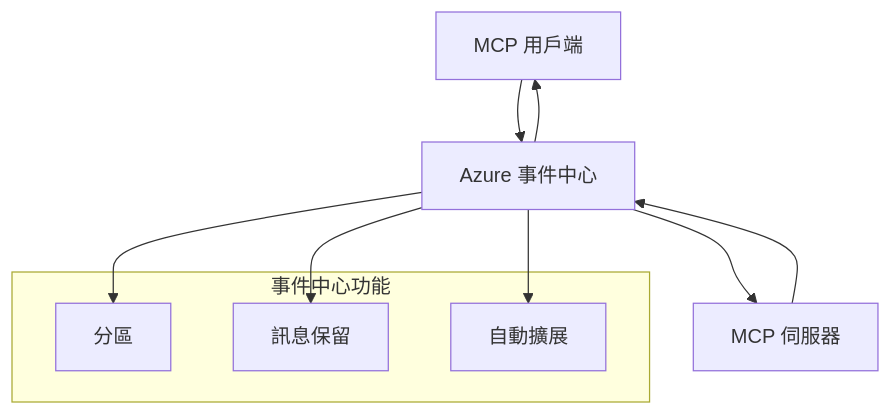
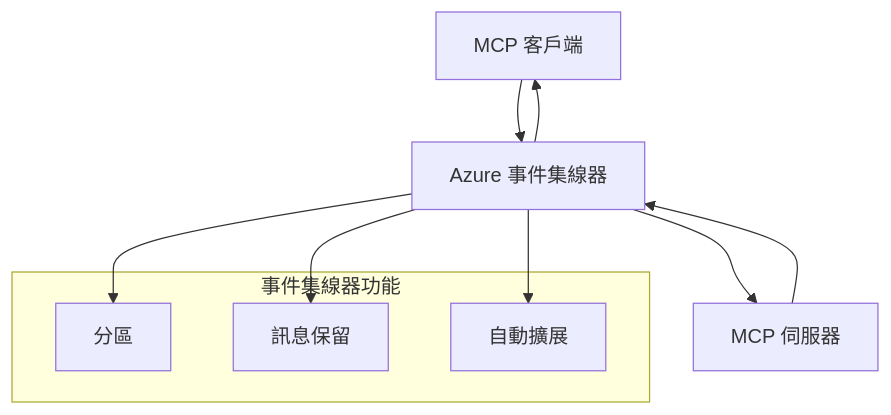
Before and after one commit to HIDORAKAI002/ai-workspace-archive: the second of 2 diagrams in mcp_ecosystem__model_context_protocol/mcp_learning_resources/mcp-for-beginners/translations/zh-TW/05-AdvancedTopics/mcp-transport/README.md, drawn with Mermaid. The commit also changed other lines of this file and 1539 other files, not shown here.

````diff
--- a/mcp_ecosystem__model_context_protocol/mcp_learning_resources/mcp-for-beginners/translations/zh-TW/05-AdvancedTopics/mcp-transport/README.md
+++ b/mcp_ecosystem__model_context_protocol/mcp_learning_resources/mcp-for-beginners/translations/zh-TW/05-AdvancedTopics/mcp-transport/README.md
@@ -269,17 +270,17 @@
 ```mermaid
 graph TB
-    Client[MCP 用戶端] --> EH[Azure 事件中心]
+    Client[MCP 客戶端] --> EH[Azure 事件集線器]
     EH --> Server[MCP 伺服器]
     Server --> EH
     EH --> Client
     
-    subgraph "事件中心功能"
+    subgraph "事件集線器功能"
         Partition[分區]
         Retention[訊息保留]
         Scaling[自動擴展]
     end
     
     EH --> Partition
     EH --> Retention
     EH --> Scaling
 ```
````
